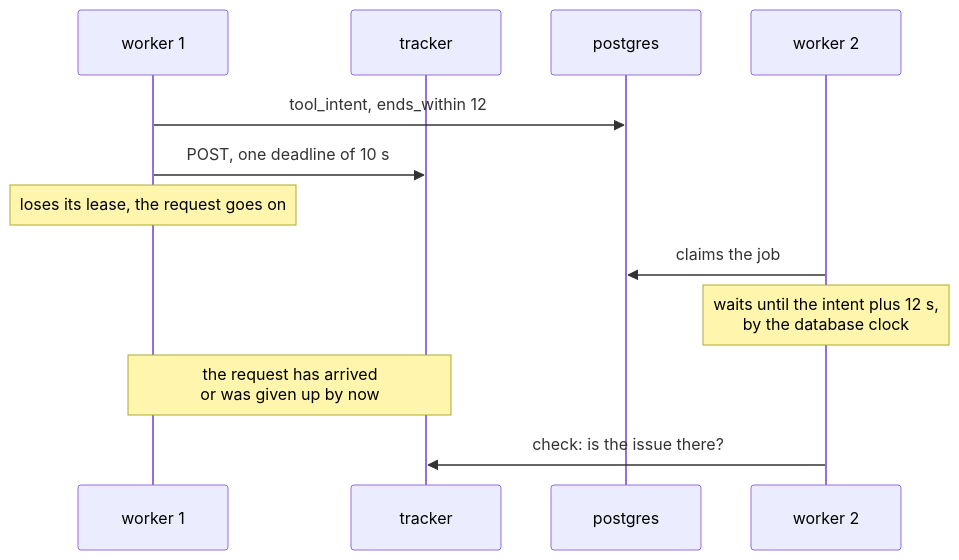
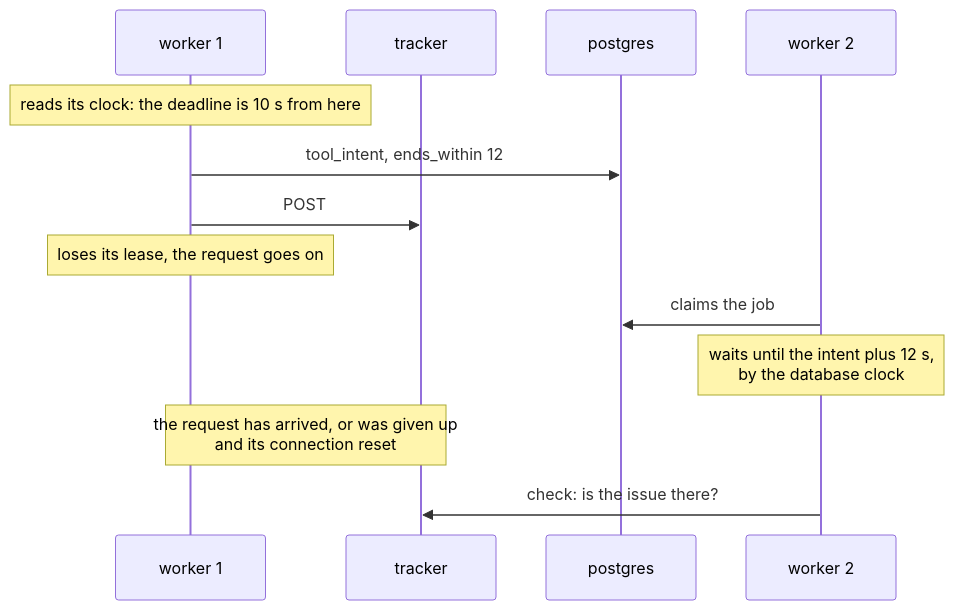
One commit to sindredg/agent-runtime changed the diagram in docs/adr/0025-a-tool-in-the-worker-names-how-long-its-request-can-arrive.md. Above: the diagram before and after it, drawn with Mermaid. The commit also changed other lines of this file and 12 other files, not shown here.

Commit message:
fix: count the request's deadline from before the intent, and reset its connection

````diff
--- a/docs/adr/0025-a-tool-in-the-worker-names-how-long-its-request-can-arrive.md
+++ b/docs/adr/0025-a-tool-in-the-worker-names-how-long-its-request-can-arrive.md
@@ -5,14 +5,15 @@
 ```mermaid
 sequenceDiagram
     participant W1 as worker 1
     participant T as tracker
     participant D as postgres
     participant W2 as worker 2
+    Note over W1: reads its clock: the deadline is 10 s from here
     W1->>D: tool_intent, ends_within 12
-    W1->>T: POST, one deadline of 10 s
+    W1->>T: POST
     Note over W1: loses its lease, the request goes on
     W2->>D: claims the job
     Note over W2: waits until the intent plus 12 s,<br/>by the database clock
-    Note over W1,T: the request has arrived<br/>or was given up by now
+    Note over W1,T: the request has arrived, or was given up<br/>and its connection reset
     W2->>T: check: is the issue there?
 ```
````
